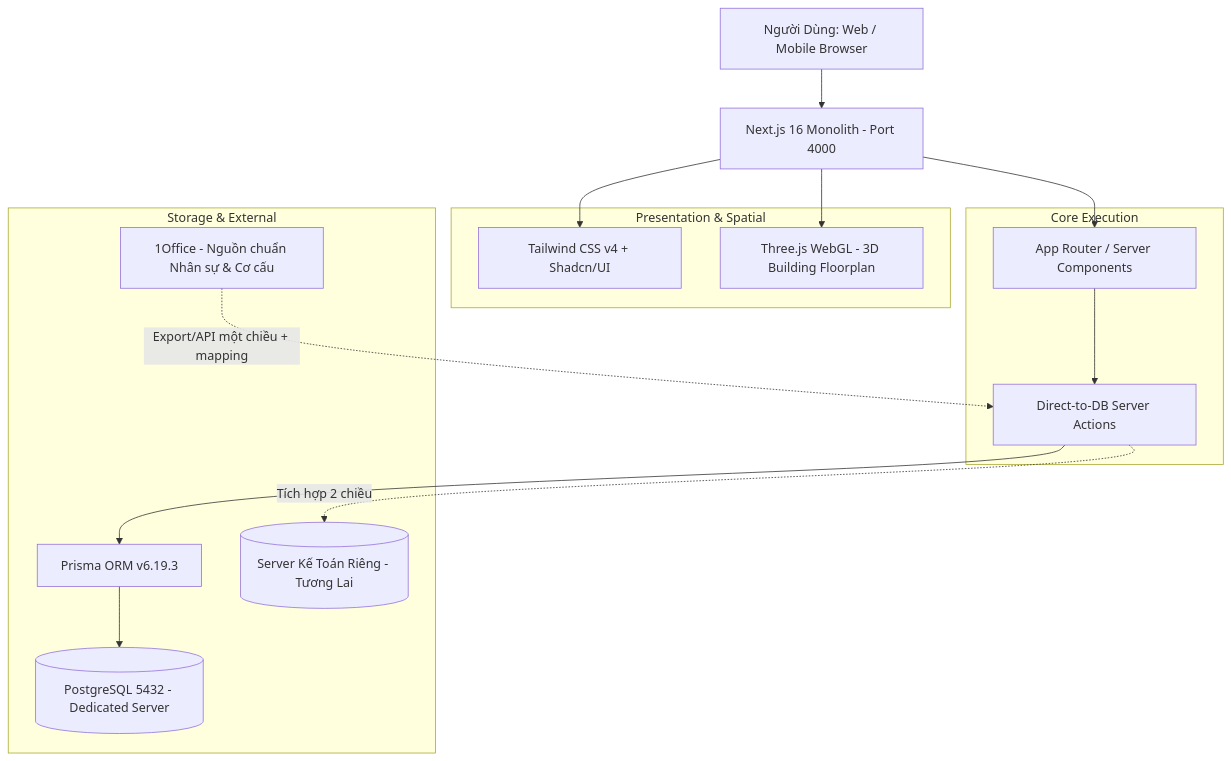
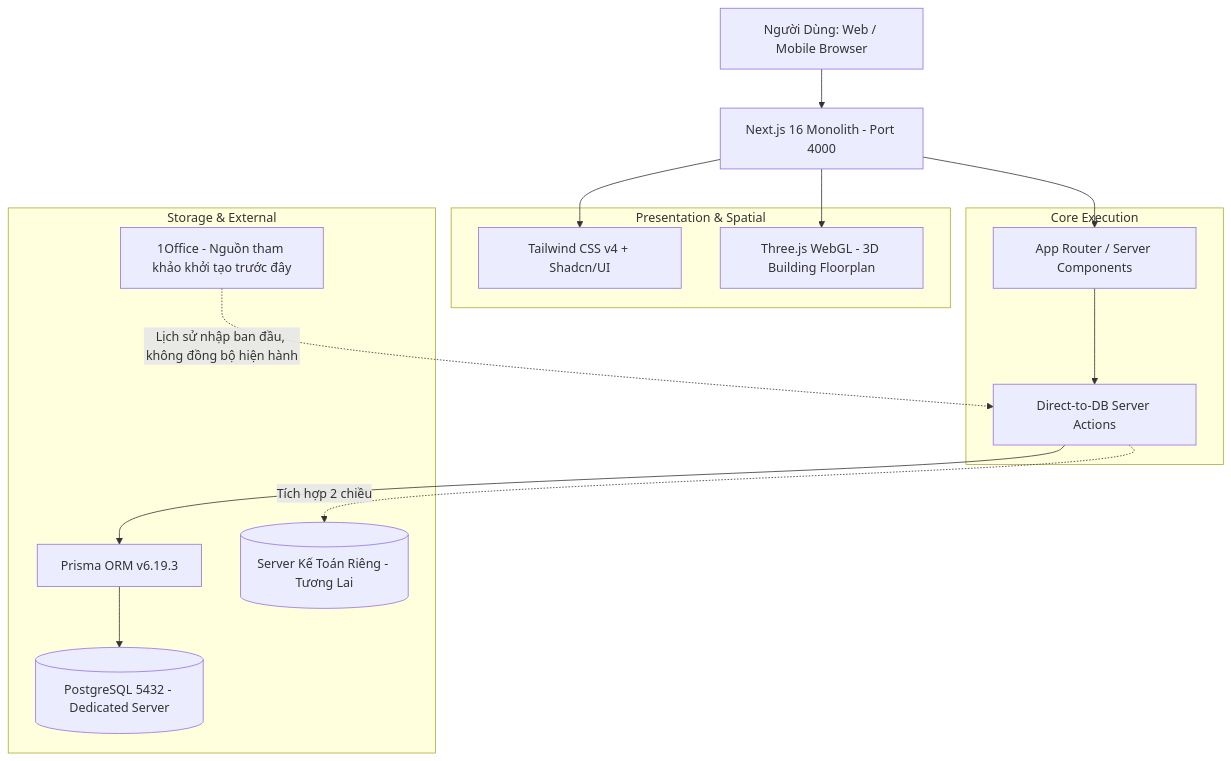
One commit to IceCrowNT/SGDERP changed the diagram in docs/ARCHITECTURE.md. Above: the diagram before and after it, drawn with Mermaid. The commit also changed other lines of this file and 49 other files, not shown here.

````diff
--- a/docs/ARCHITECTURE.md
+++ b/docs/ARCHITECTURE.md
@@ -66,29 +88,29 @@
 ```mermaid
 graph TD
     UserClient[Người Dùng: Web / Mobile Browser] --> NextMonolith[Next.js 16 Monolith - Port 4000]
     
     subgraph Presentation & Spatial
         TailwindUI[Tailwind CSS v4 + Shadcn/UI]
         DigitalTwin3D[Three.js WebGL - 3D Building Floorplan]
     end
     
     subgraph Core Execution
         AppRouter[App Router / Server Components]
         ServerActions[Direct-to-DB Server Actions]
     end
     
     subgraph Storage & External
         PrismaORM[Prisma ORM v6.19.3]
         LocalPostgres[(PostgreSQL 5432 - Dedicated Server)]
-        OneOffice[1Office - Nguồn chuẩn Nhân sự & Cơ cấu]
+        OneOffice[1Office - Nguồn tham khảo khởi tạo trước đây]
         AccountingServer[(Server Kế Toán Riêng - Tương Lai)]
     end
 
     NextMonolith --> TailwindUI
     NextMonolith --> DigitalTwin3D
     NextMonolith --> AppRouter
     AppRouter --> ServerActions
     ServerActions --> PrismaORM --> LocalPostgres
-    OneOffice -.->|Export/API một chiều + mapping| ServerActions
+    OneOffice -.->|Lịch sử nhập ban đầu, không đồng bộ hiện hành| ServerActions
     ServerActions -.->|Tích hợp 2 chiều| AccountingServer
 ```
````
